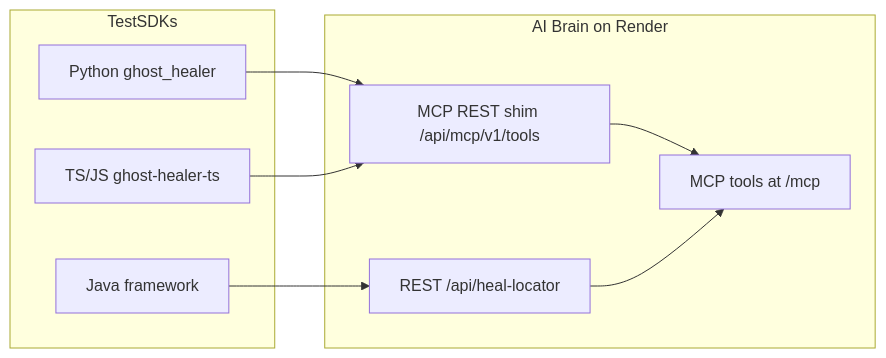
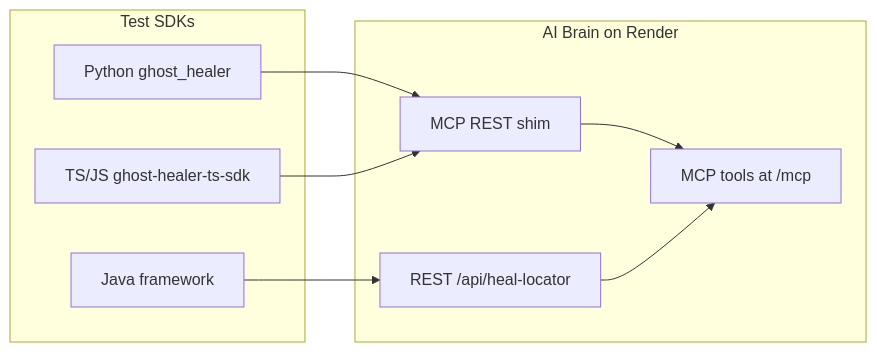
The diagram in README.md (MansoonMangal/MCP_GHOST_HEALER), drawn with Mermaid before and after one commit. The commit also changed other lines of this file and 1 other file, not shown here.

First line of the commit message:
docs: add FRAMEWORK.md — architecture, QA problems, and universal design

````diff
--- a/README.md
+++ b/README.md
@@ -22,20 +359,20 @@
 ```mermaid
 flowchart LR
-    subgraph clients [TestSDKs]
+    subgraph clients [Test SDKs]
         PY[Python ghost_healer]
-        TS[TS/JS ghost-healer-ts]
+        TS[TS/JS ghost-healer-ts-sdk]
         JV[Java framework]
     end
 
     subgraph brain [AI Brain on Render]
         MCP[MCP tools at /mcp]
         REST[REST /api/heal-locator]
-        SHIM[MCP REST shim /api/mcp/v1/tools]
+        SHIM[MCP REST shim]
     end
 
     PY --> SHIM
     TS --> SHIM
     JV --> REST
     SHIM --> MCP
     REST --> MCP
 ```
````
